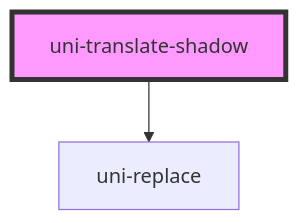
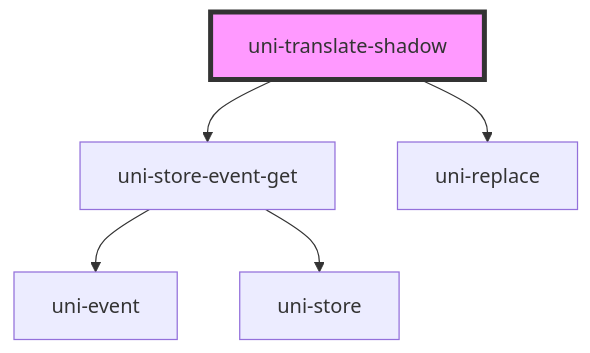
Before and after one commit to uiregex/uni-localize: the diagram in src/translate/components/shadow/readme.md, drawn with Mermaid. The commit also changed other lines of this file and 6 other files, not shown here.

````diff
--- a/src/translate/components/shadow/readme.md
+++ b/src/translate/components/shadow/readme.md
@@ -27,5 +30,8 @@
 ```mermaid
 graph TD;
+  uni-translate-shadow --> uni-store-event-get
   uni-translate-shadow --> uni-replace
+  uni-store-event-get --> uni-event
+  uni-store-event-get --> uni-store
   style uni-translate-shadow fill:#f9f,stroke:#333,stroke-width:4px
 ```
````
